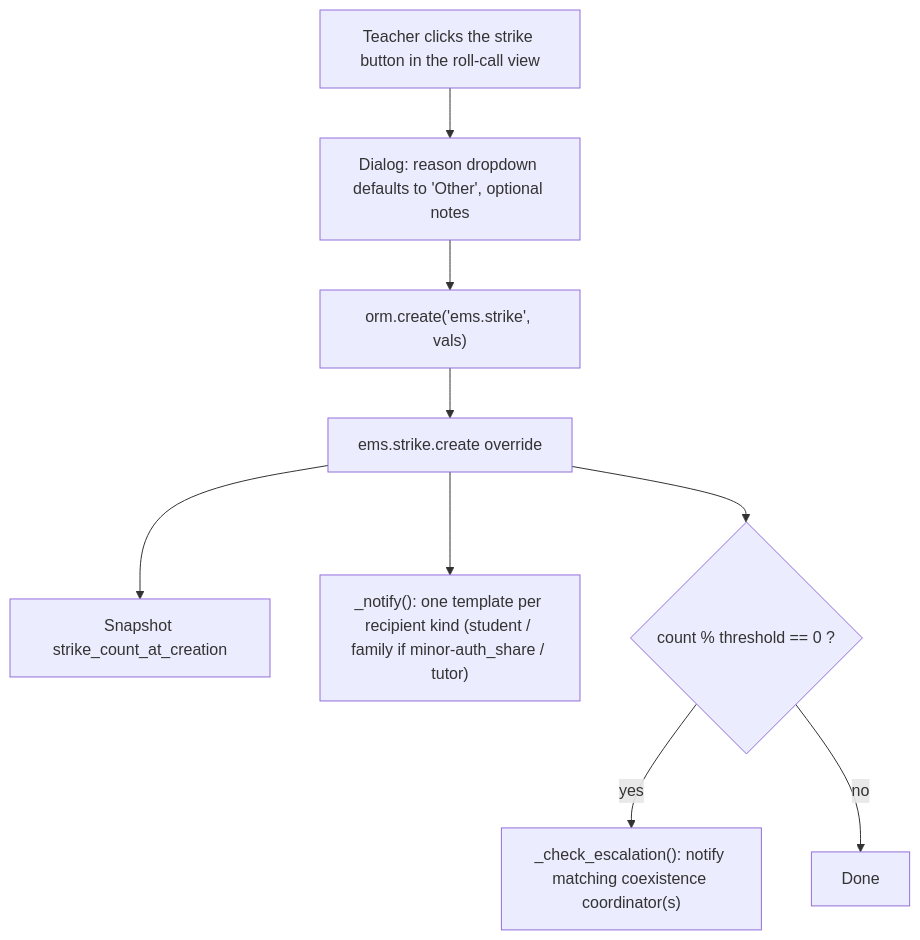
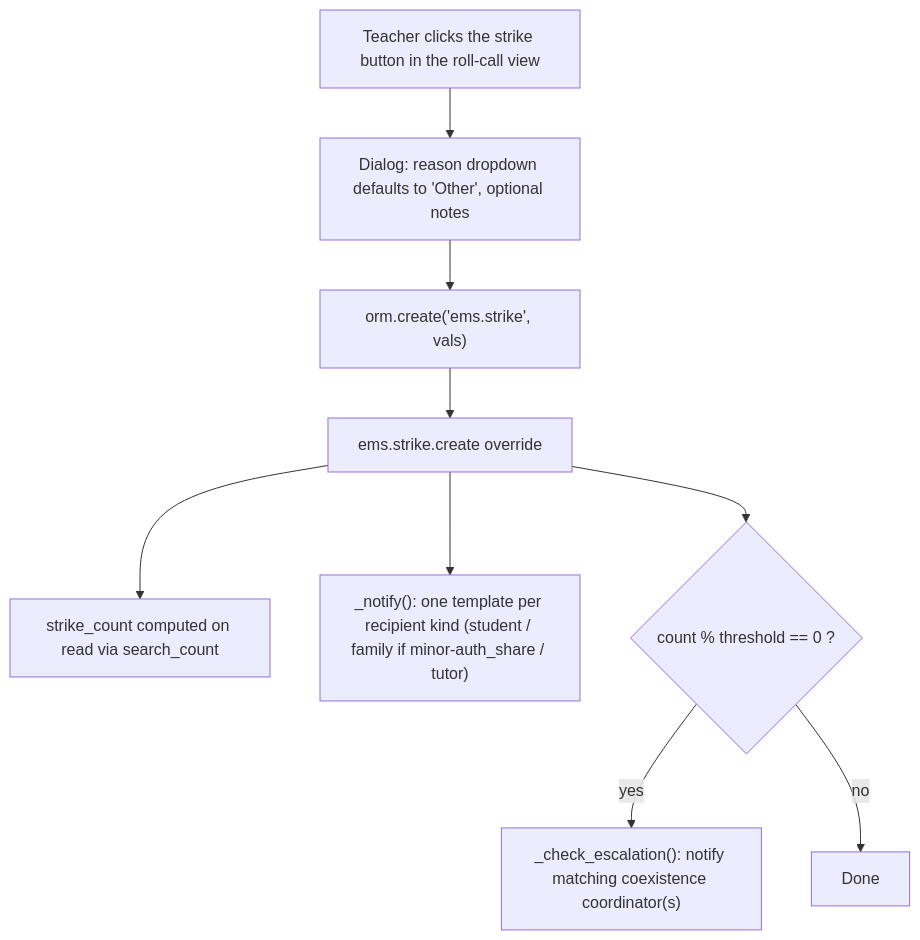
Before and after one commit to ElPuig/EMS: the diagram in docs/en/developers/coexistence/strike.md, drawn with Mermaid. The commit also changed other lines of this file and 8 other files, not shown here.

````diff
--- a/docs/en/developers/coexistence/strike.md
+++ b/docs/en/developers/coexistence/strike.md
@@ -44,11 +44,11 @@
 ```mermaid
 flowchart TD
     A[Teacher clicks the strike button in the roll-call view] --> B[Dialog: reason dropdown defaults to 'Other', optional notes]
     B --> C["orm.create('ems.strike', vals)"]
     C --> D[ems.strike.create override]
-    D --> E[Snapshot strike_count_at_creation]
+    D --> E[strike_count computed on read via search_count]
     D --> F["_notify(): one template per recipient kind (student / family if minor-auth_share / tutor)"]
     D --> G{"count % threshold == 0 ?"}
     G -- yes --> H["_check_escalation(): notify matching coexistence coordinator(s)"]
     G -- no --> I[Done]
 ```
````
